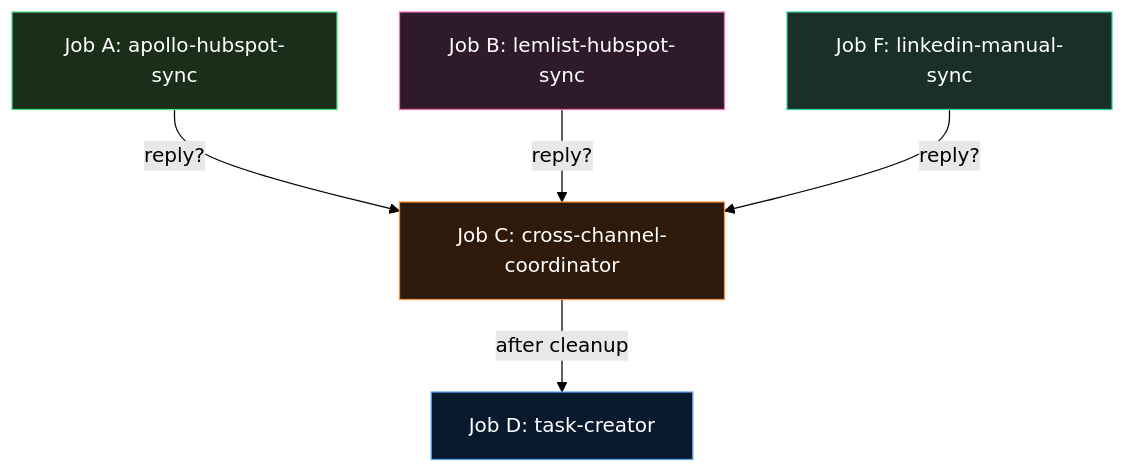
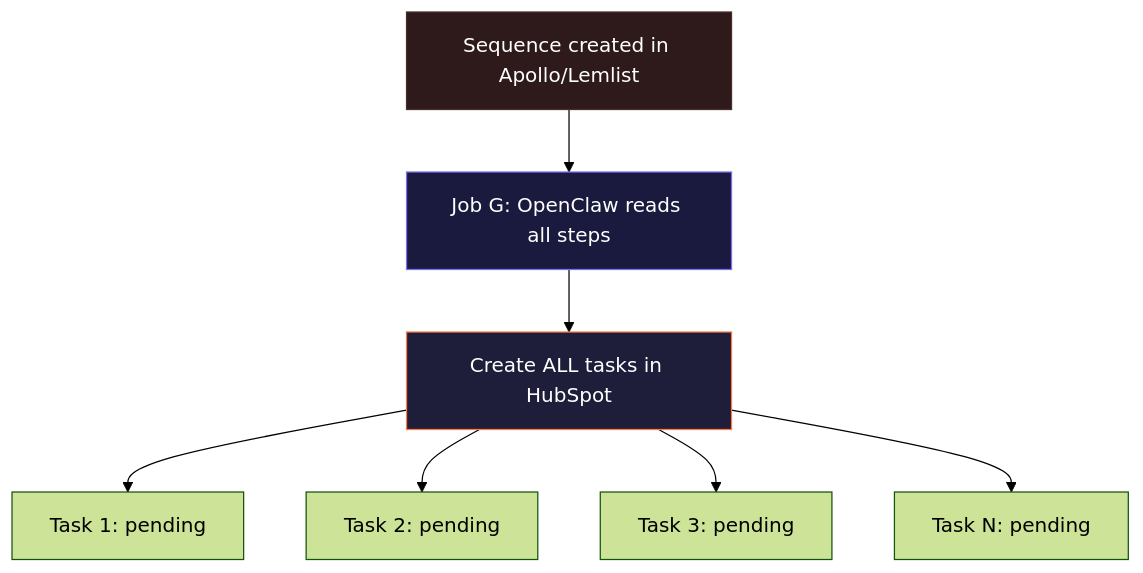
One commit to Artemponomarev/ai-agent-guides changed the sixth of 11 diagrams in Kernelics email outreaching automation/architecture.md. Above: the diagram before and after it, drawn with Mermaid (forest theme). The commit also changed other lines of this file, not shown here.

First line of the commit message:
Add full task mirroring and automatic lead status management

````diff
--- a/Kernelics email outreaching automation/architecture.md
+++ b/Kernelics email outreaching automation/architecture.md
@@ -88,14 +103,14 @@
 ```mermaid
 flowchart TD
-    A[Job A: apollo-hubspot-sync] -->|reply?| C
-    B[Job B: lemlist-hubspot-sync] -->|reply?| C
-    F[Job F: linkedin-manual-sync] -->|reply?| C
-    C[Job C: cross-channel-coordinator]
-    C -->|after cleanup| D[Job D: task-creator]
+    SEQ[Sequence created in Apollo/Lemlist]
+    SEQ --> G[Job G: OpenClaw reads all steps]
+    G --> CREATE[Create ALL tasks in HubSpot]
+    CREATE --> T1[Task 1: pending]
+    CREATE --> T2[Task 2: pending]
+    CREATE --> T3[Task 3: pending]
+    CREATE --> TN[Task N: pending]
 
-    style A fill:#1a2e1a,stroke:#4ade80,color:#fff
-    style B fill:#2e1a2a,stroke:#f472b6,color:#fff
-    style C fill:#2e1a0a,stroke:#fb923c,color:#fff
-    style D fill:#0a1a2e,stroke:#60a5fa,color:#fff
-    style F fill:#1a2e2a,stroke:#34d399,color:#fff
+    style SEQ fill:#2e1a1a,stroke:#4a2e2e,color:#fff
+    style G fill:#1a1a3e,stroke:#7c6ef0,color:#fff
+    style CREATE fill:#1e1e3a,stroke:#ff7a45,color:#fff
 ```
````
